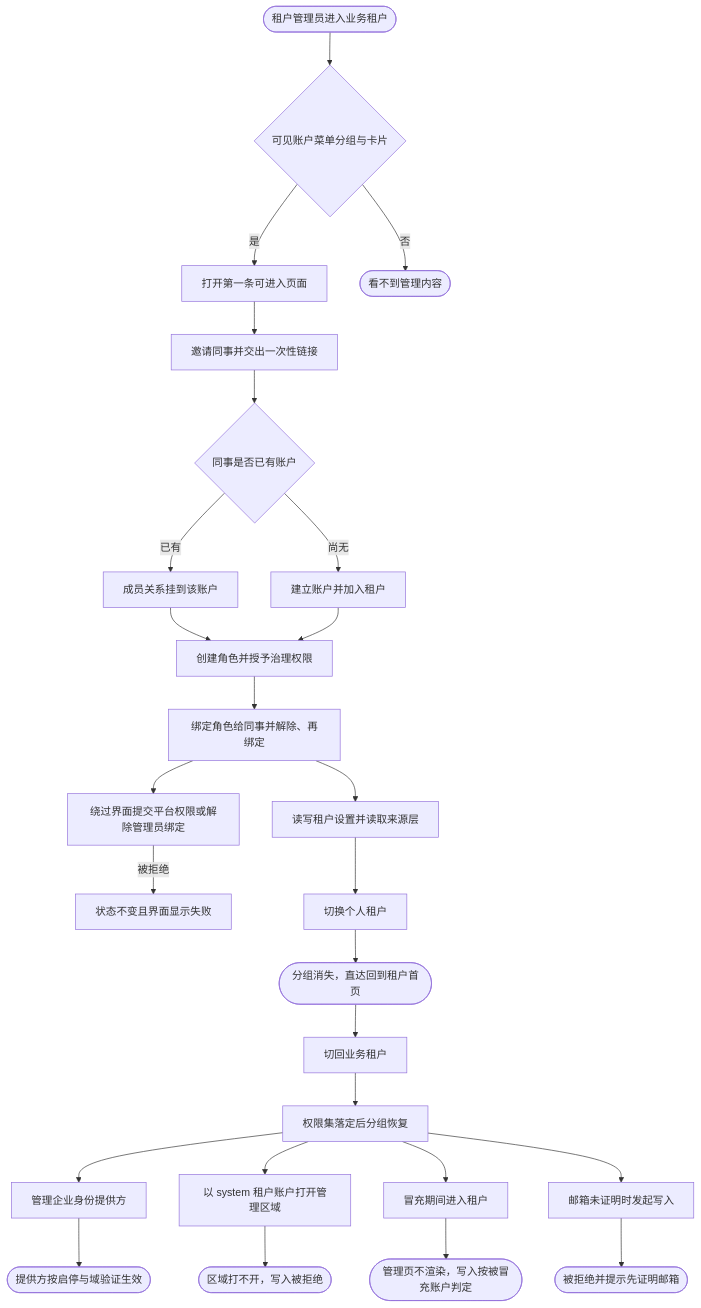
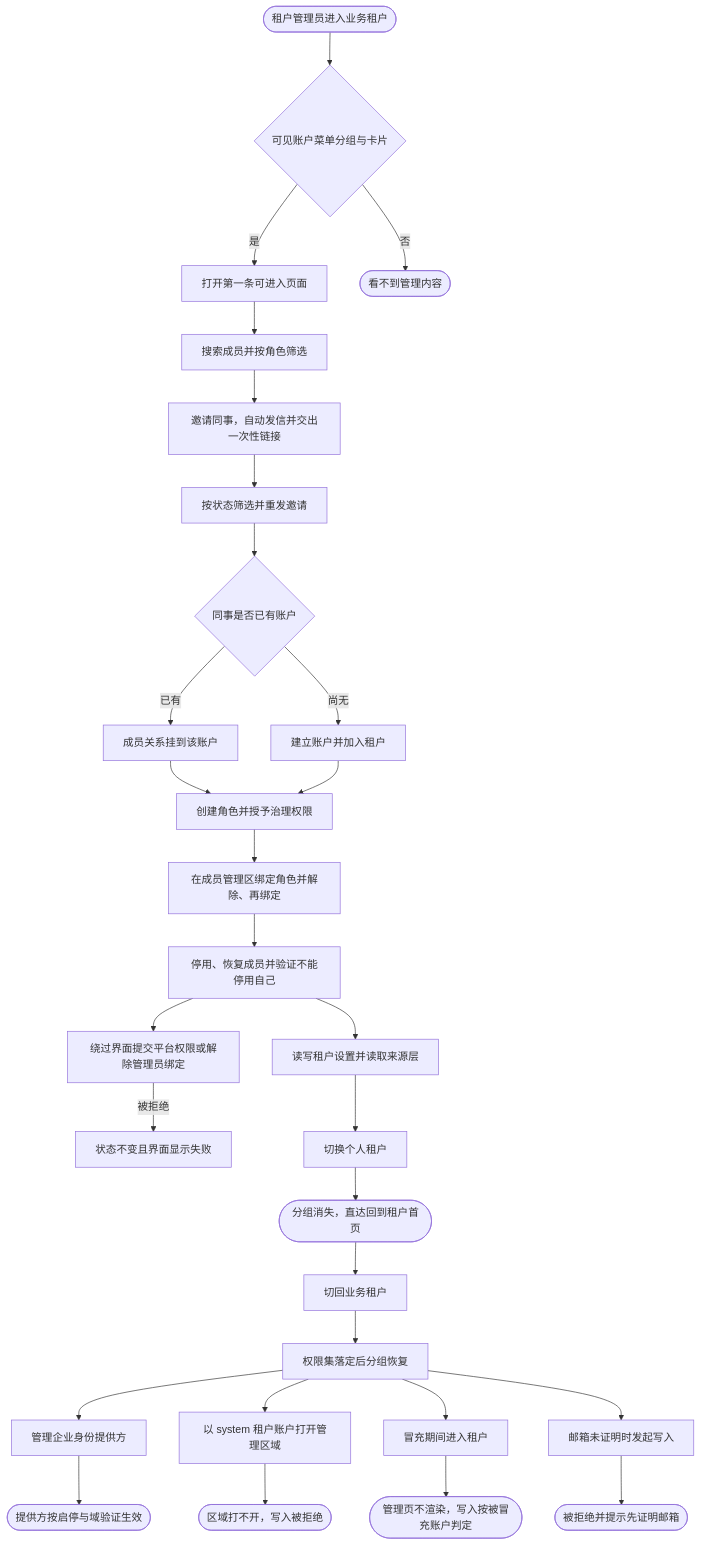
One commit to wangzw/speed changed the diagram in docs/prd/journeys/journey-tenant-admin.md. Above: the diagram before and after it, drawn with Mermaid. The commit also changed other lines of this file and 3 other files, not shown here.

````diff
--- a/docs/prd/journeys/journey-tenant-admin.md
+++ b/docs/prd/journeys/journey-tenant-admin.md
@@ -72,28 +85,31 @@
 ```mermaid
 flowchart TD
     A([租户管理员进入业务租户]) --> B{可见账户菜单分组与卡片}
     B -->|是| C[打开第一条可进入页面]
     B -->|否| Z([看不到管理内容])
-    C --> D[邀请同事并交出一次性链接]
-    D --> E{同事是否已有账户}
+    C --> C1[搜索成员并按角色筛选]
+    C1 --> D[邀请同事，自动发信并交出一次性链接]
+    D --> D1[按状态筛选并重发邀请]
+    D1 --> E{同事是否已有账户}
     E -->|已有| F[成员关系挂到该账户]
     E -->|尚无| G[建立账户并加入租户]
     F --> H[创建角色并授予治理权限]
     G --> H
-    H --> I[绑定角色给同事并解除、再绑定]
-    I --> J[绕过界面提交平台权限或解除管理员绑定]
+    H --> I[在成员管理区绑定角色并解除、再绑定]
+    I --> I1[停用、恢复成员并验证不能停用自己]
+    I1 --> J[绕过界面提交平台权限或解除管理员绑定]
     J -->|被拒绝| K[状态不变且界面显示失败]
-    I --> L[读写租户设置并读取来源层]
+    I1 --> L[读写租户设置并读取来源层]
     L --> M[切换个人租户]
     M --> N([分组消失，直达回到租户首页])
     N --> O[切回业务租户]
     O --> P[权限集落定后分组恢复]
     P --> Q[管理企业身份提供方]
     Q --> R([提供方按启停与域验证生效])
     P --> S[以 system 租户账户打开管理区域]
     S --> T([区域打不开，写入被拒绝])
     P --> U[冒充期间进入租户]
     U --> V([管理页不渲染，写入按被冒充账户判定])
     P --> W[邮箱未证明时发起写入]
     W --> X([被拒绝并提示先证明邮箱])
 ```
````
